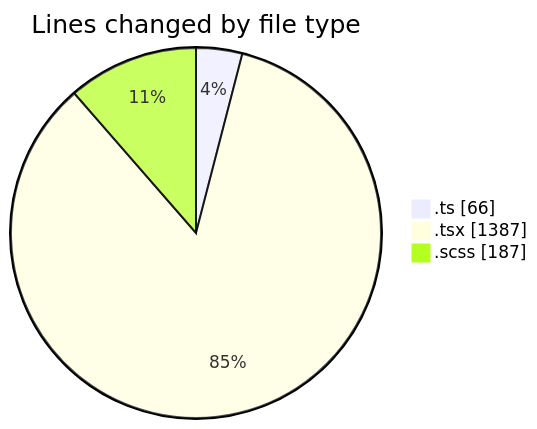
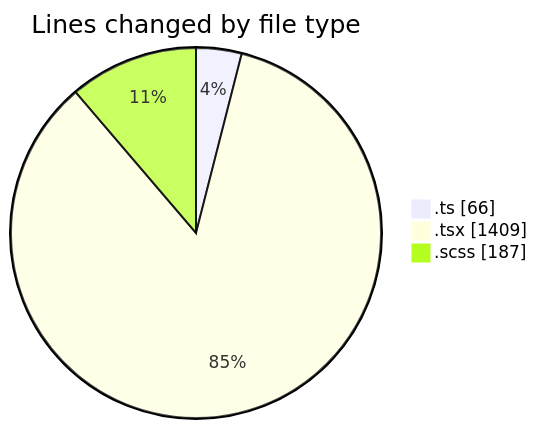
One commit to momahboobian/code-tracking changed the first of 2 diagrams in 2025-03-21/cda/README.md. Above: the diagram before and after it, drawn with Mermaid. The commit also changed other lines of this file and 1 other file, not shown here.

````diff
--- a/2025-03-21/cda/README.md
+++ b/2025-03-21/cda/README.md
@@ -32,7 +32,7 @@
 ```mermaid
 pie showData
 title Lines changed by file type
 ".ts" : 66
-".tsx" : 1387
+".tsx" : 1409
 ".scss" : 187
 ```
````
